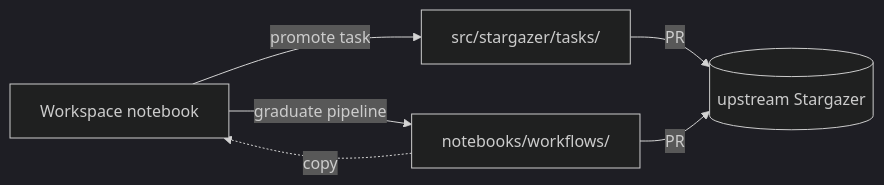
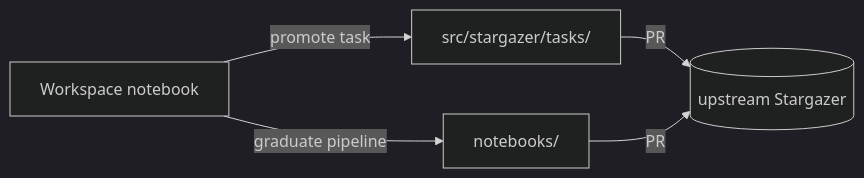
One commit to StargazerBio/stargazer changed the first of 2 diagrams in docs/architecture/notebook.md. Above: the diagram before and after it, drawn with Mermaid (dark theme). The commit also changed other lines of this file and 23 other files, not shown here.

````diff
--- a/docs/architecture/notebook.md
+++ b/docs/architecture/notebook.md
@@ -48,8 +48,7 @@
 ```mermaid
 flowchart LR
     W[Workspace notebook] -->|promote task| T[src/stargazer/tasks/]
-    W -->|graduate pipeline| P[notebooks/workflows/]
-    P -.->|copy| W
+    W -->|graduate pipeline| P[notebooks/]
     T -->|PR| U[(upstream Stargazer)]
     P -->|PR| U
 ```
````
